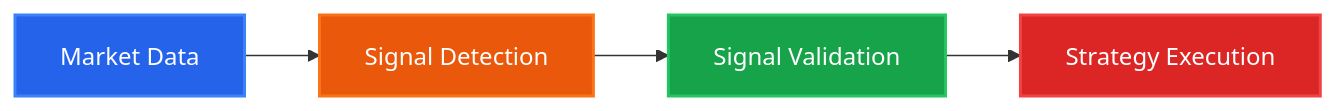
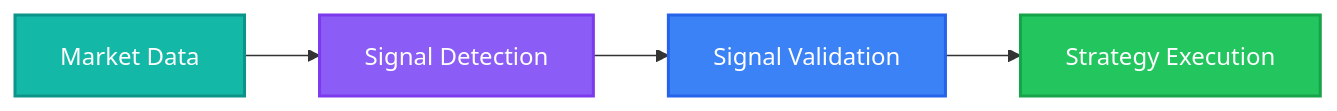
Before and after one commit to pathway2nothing/signalflow-trading: the diagram in docs/index.md, drawn with Mermaid. The commit also changed other lines of this file and 17 other files, not shown here.

````diff
--- a/docs/index.md
+++ b/docs/index.md
@@ -123,11 +117,11 @@
 ```mermaid
 flowchart LR
     A[Market Data] --> B[Signal Detection]
     B --> C[Signal Validation]
     C --> D[Strategy Execution]
-    
-    style A fill:#2563eb,stroke:#3b82f6,stroke-width:2px,color:#fff
-    style B fill:#ea580c,stroke:#f97316,stroke-width:2px,color:#fff
-    style C fill:#16a34a,stroke:#22c55e,stroke-width:2px,color:#fff
-    style D fill:#dc2626,stroke:#ef4444,stroke-width:2px,color:#fff
+
+    style A fill:#14b8a6,stroke:#0d9488,stroke-width:2px,color:#fff
+    style B fill:#8b5cf6,stroke:#7c3aed,stroke-width:2px,color:#fff
+    style C fill:#3b82f6,stroke:#2563eb,stroke-width:2px,color:#fff
+    style D fill:#22c55e,stroke:#16a34a,stroke-width:2px,color:#fff
 ```
````
